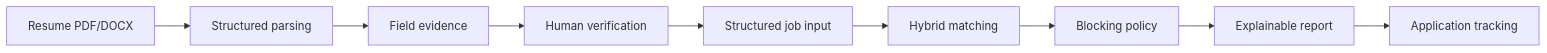
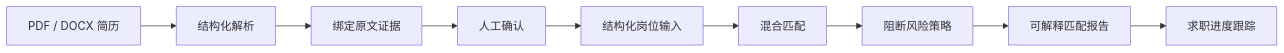
The first of 2 diagrams in README.md (YUKANN518/CareerPilot-AI), drawn with Mermaid before and after one commit. The commit also changed other lines of this file and 66 other files, not shown here.

````diff
--- a/README.md
+++ b/README.md
@@ -36,11 +25,11 @@
 ```mermaid
 flowchart LR
-    R[Resume PDF/DOCX] --> P[Structured parsing]
-    P --> E[Field evidence]
-    E --> H[Human verification]
-    H --> J[Structured job input]
-    J --> M[Hybrid matching]
-    M --> B[Blocking policy]
-    B --> X[Explainable report]
-    X --> A[Application tracking]
+    R[PDF / DOCX 简历] --> P[结构化解析]
+    P --> E[绑定原文证据]
+    E --> H[人工确认]
+    H --> J[结构化岗位输入]
+    J --> M[混合匹配]
+    M --> B[阻断风险策略]
+    B --> X[可解释匹配报告]
+    X --> A[求职进度跟踪]
 ```
````
